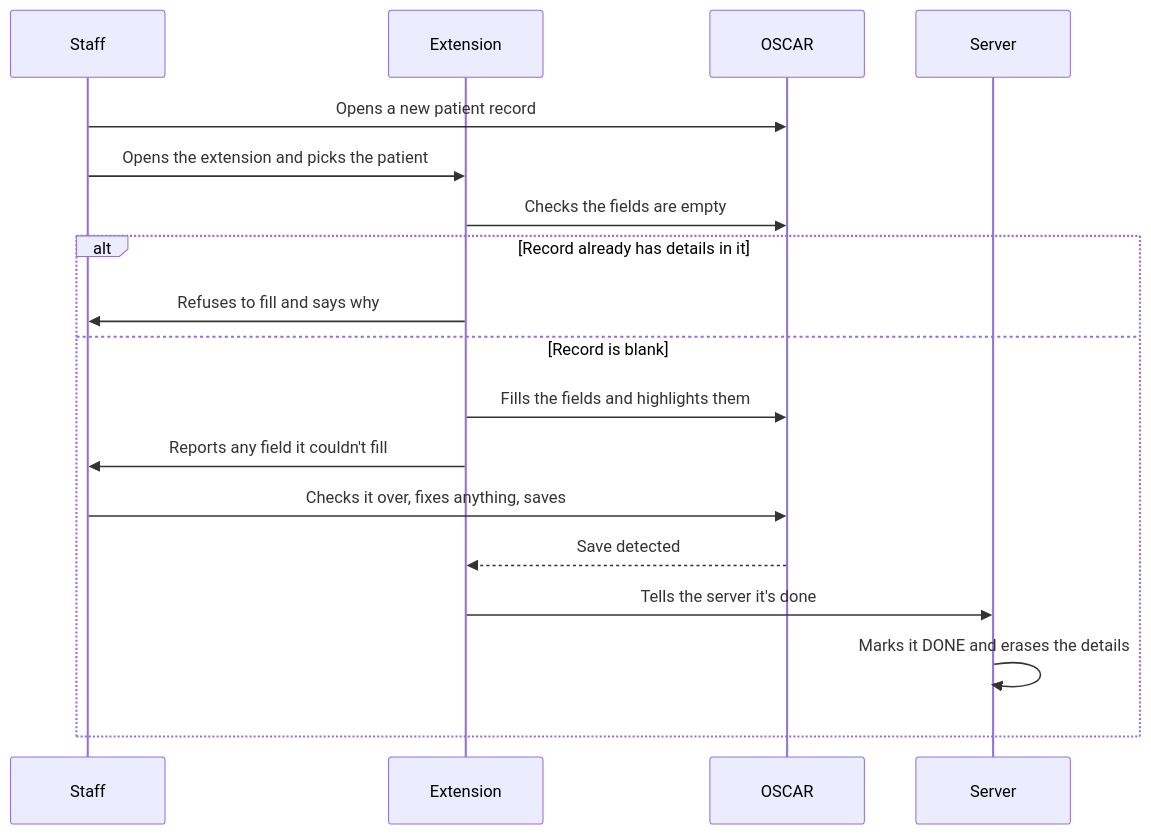
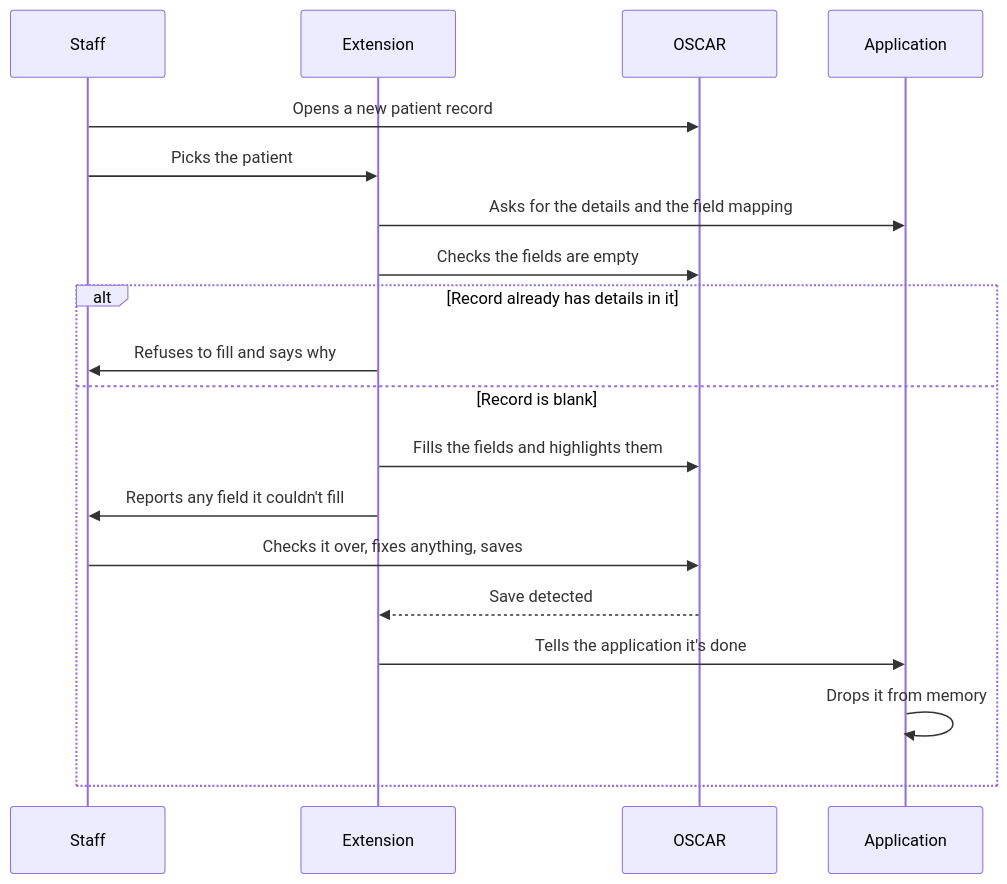
Before and after one commit to Vishnu373/asmart-autofill: the third of 3 diagrams in design.md, drawn with Mermaid. The commit also changed other lines of this file and 33 other files, not shown here.

Commit message:
redesigned architecture, initial setup - depedencies, project folder and files

````diff
--- a/design.md
+++ b/design.md
@@ -166,22 +163,23 @@
 ```mermaid
 sequenceDiagram
     participant St as Staff
     participant E as Extension
     participant O as OSCAR
-    participant S as Server
+    participant A as Application
 
     St->>O: Opens a new patient record
-    St->>E: Opens the extension and picks the patient
+    St->>E: Picks the patient
+    E->>A: Asks for the details and the field mapping
     E->>O: Checks the fields are empty
 
     alt Record already has details in it
         E->>St: Refuses to fill and says why
     else Record is blank
         E->>O: Fills the fields and highlights them
         E->>St: Reports any field it couldn't fill
         St->>O: Checks it over, fixes anything, saves
         O-->>E: Save detected
-        E->>S: Tells the server it's done
-        S->>S: Marks it DONE and erases the details
+        E->>A: Tells the application it's done
+        A->>A: Drops it from memory
     end
 ```
````
